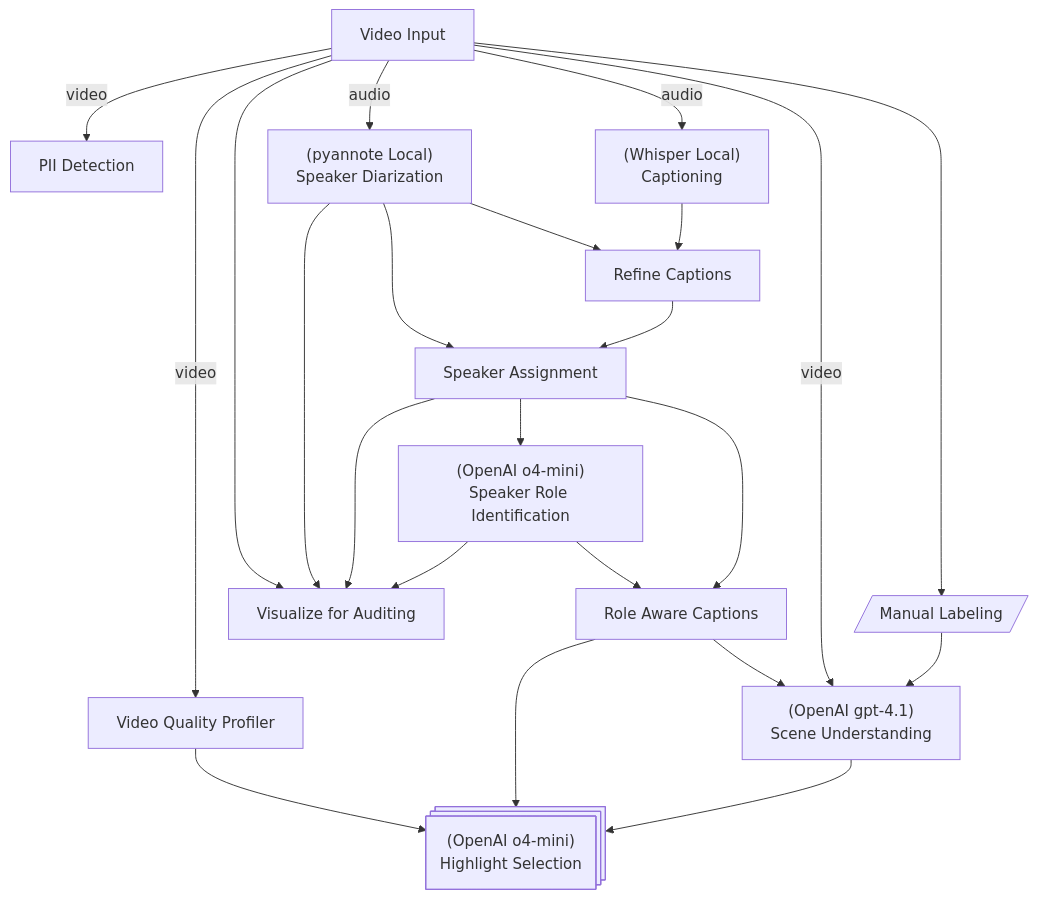
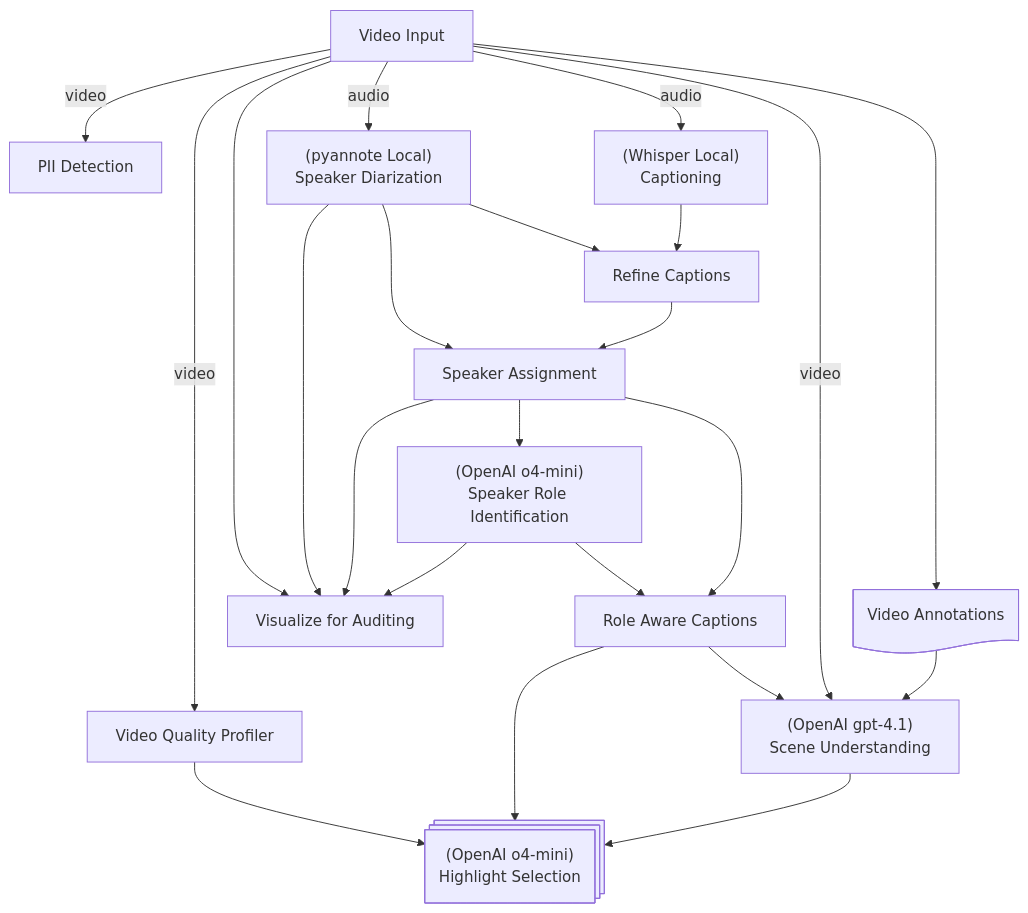
One commit to hirak99/video-summarizer changed the first of 3 diagrams in src/video_understanding/README.md. Above: the diagram before and after it, drawn with Mermaid. The commit also changed other lines of this file, not shown here.

Commit message:
docs(video): update the diagrams

````diff
--- a/src/video_understanding/README.md
+++ b/src/video_understanding/README.md
@@ -13,27 +13,27 @@
 ```mermaid
 flowchart TD;
     A[Video Input]
     A -- video --> M[PII Detection]
     A -- video --> VideoQualityProfiler[Video Quality Profiler]
     VideoQualityProfiler --> HighlightSel
     A --> I
     Diarization --> I[Visualize for Auditing]
     D --> I
     F --> I
     A -- audio --> Diarization["(pyannote Local)<br>"Speaker Diarization]
     A -- audio --> Captioning["(Whisper Local)<br>"Captioning]
     Diarization --> D
     Diarization --> RefineCaptions
     Captioning --> RefineCaptions[Refine Captions]
     RefineCaptions --> D[Speaker Assignment]
     D --> F["(OpenAI o4-mini)<br>"Speaker Role Identification];
     F --> K[Role Aware Captions]
     D --> K
     K --> HighlightSel["(OpenAI o4-mini)<br>"Highlight Selection]
     A -- video --> N["(OpenAI gpt-4.1)<br>Scene Understanding"]
-    A --> LABELS["Manual Labeling"] --> N
+    A --> Annotations["Video Annotations"] --> N
     K --> N
     N --> HighlightSel
-    LABELS@{ shape: lean-r}
+    Annotations@{ shape: doc}
     HighlightSel@{ shape: procs}
 ```
````
